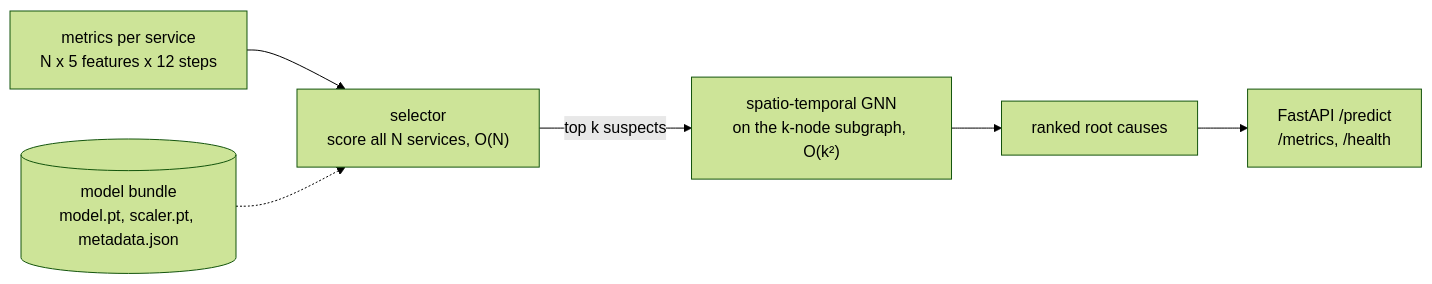
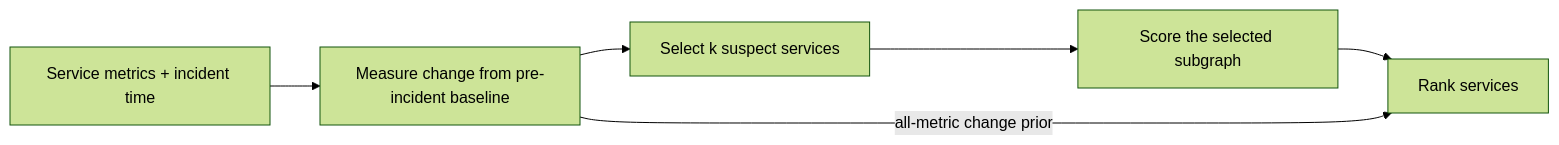
The diagram in README.md (Wassbdr/matrix_simple), drawn with Mermaid (forest theme) before and after one commit. The commit also changed other lines of this file and 92 other files, not shown here.

````diff
--- a/README.md
+++ b/README.md
@@ -49,8 +34,8 @@
 ```mermaid
 flowchart LR
-  M["metrics per service<br/>N x 5 features x 12 steps"] --> S["selector<br/>score all N services, O(N)"]
-  S -->|top k suspects| A["spatio-temporal GNN<br/>on the k-node subgraph, O(k²)"]
-  A --> R["ranked root causes"]
-  B[("model bundle<br/>model.pt, scaler.pt, metadata.json")] -.-> S
-  R --> API["FastAPI /predict<br/>/metrics, /health"]
+    A["Service metrics + incident time"] --> B["Measure change from pre-incident baseline"]
+    B --> C["Select k suspect services"]
+    C --> D["Score the selected subgraph"]
+    D --> E["Rank services"]
+    B -->|all-metric change prior| E
 ```
````
